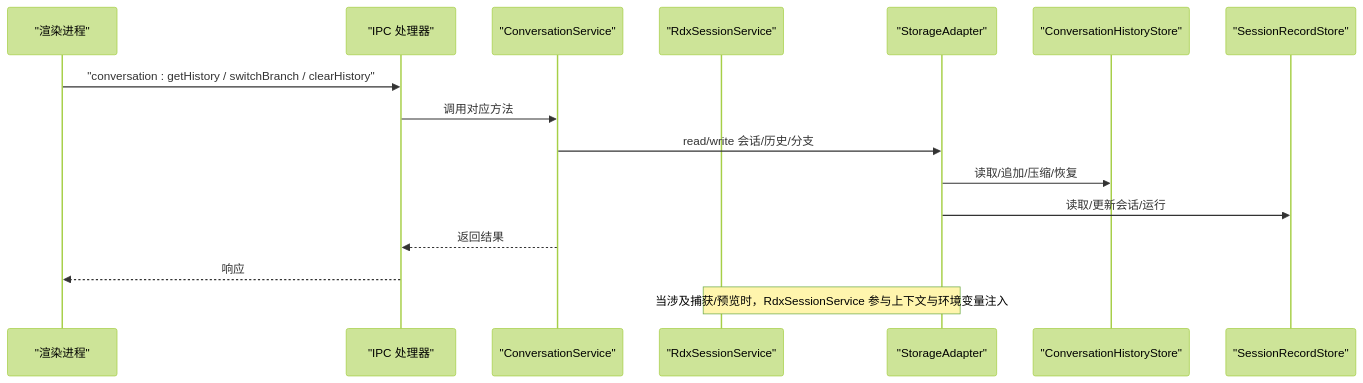
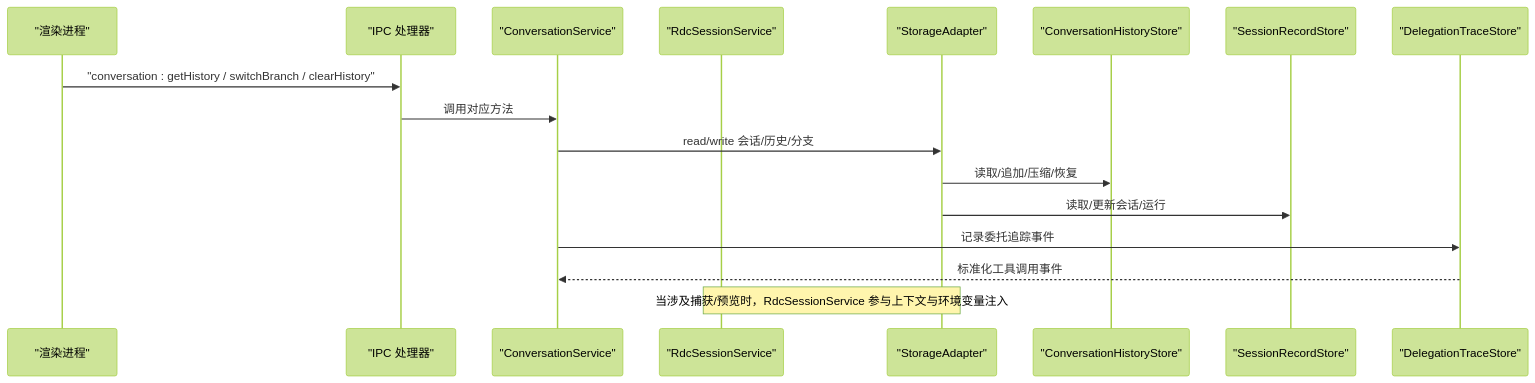
One commit to haolange/RDC-Agent changed the second of 8 diagrams in .qoder/repowiki/zh/content/架构设计/主进程架构/会话管理系统.md. Above: the diagram before and after it, drawn with Mermaid (forest theme). The commit also changed other lines of this file and 25 other files, not shown here.

````diff
--- a/.qoder/repowiki/zh/content/架构设计/主进程架构/会话管理系统.md
+++ b/.qoder/repowiki/zh/content/架构设计/主进程架构/会话管理系统.md
@@ -99,18 +103,19 @@
 ```mermaid
 sequenceDiagram
 participant UI as "渲染进程"
 participant IPC as "IPC 处理器"
 participant CS as "ConversationService"
-participant RS as "RdxSessionService"
+participant RS as "RdcSessionService"
 participant SA as "StorageAdapter"
 participant CHS as "ConversationHistoryStore"
 participant SRS as "SessionRecordStore"
+participant DTS as "DelegationTraceStore"
 UI->>IPC : "conversation : getHistory / switchBranch / clearHistory"
 IPC->>CS : 调用对应方法
 CS->>SA : read/write 会话/历史/分支
 SA->>CHS : 读取/追加/压缩/恢复
 SA->>SRS : 读取/更新会话/运行
-CS-->>IPC : 返回结果
-IPC-->>UI : 响应
-Note over RS,SA : 当涉及捕获/预览时，RdxSessionService 参与上下文与环境变量注入
+CS->>DTS : 记录委托追踪事件
+DTS-->>CS : 标准化工具调用事件
+Note over RS,SA : 当涉及捕获/预览时，RdcSessionService 参与上下文与环境变量注入
 ```
````
